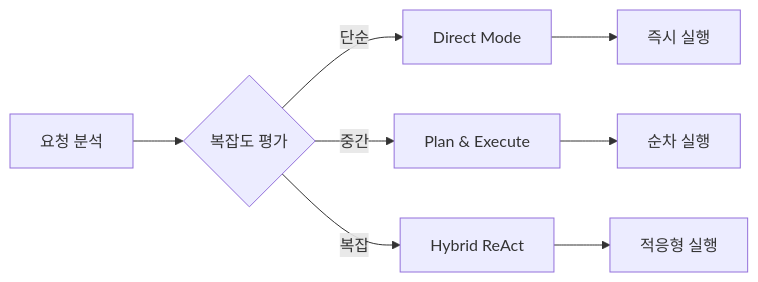
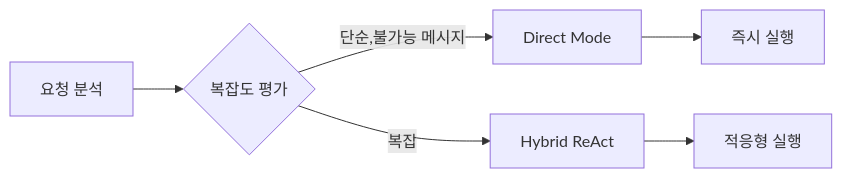
The first of 6 diagrams in README.md (Qulip/CloudRegiX), drawn with Mermaid before and after one commit. The commit also changed other lines of this file, not shown here.

````diff
--- a/README.md
+++ b/README.md
@@ -173,11 +171,9 @@
 ```mermaid
 graph LR
     A[요청 분석] --> B{복잡도 평가}
-    B -->|단순| C[Direct Mode]
-    B -->|중간| D[Plan & Execute]
+    B -->|단순,불가능 메시지| C[Direct Mode]
     B -->|복잡| E[Hybrid ReAct]
 
     C --> F[즉시 실행]
-    D --> G[순차 실행]
     E --> H[적응형 실행]
 ```
````
